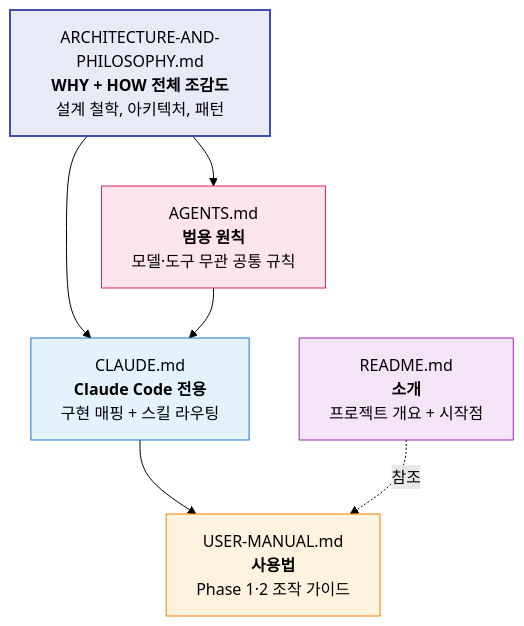
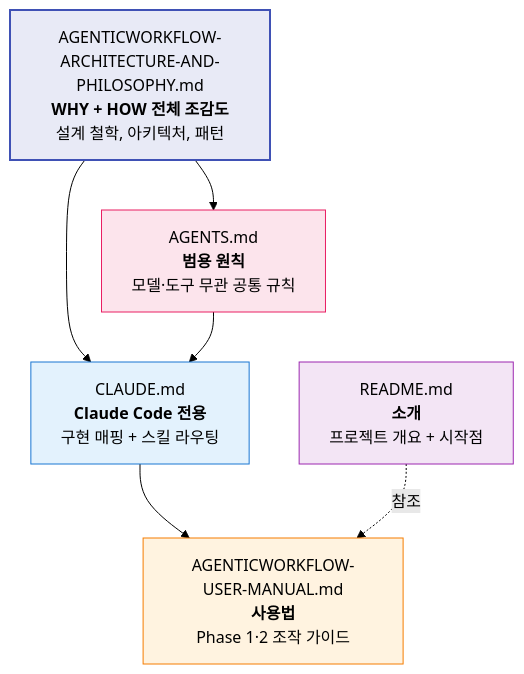
One commit to oogisoogi/AgenticWorkflow changed diagram 11 of 11 in AGENTICWORKFLOW-ARCHITECTURE-AND-PHILOSOPHY.md. Above: the diagram before and after it, drawn with Mermaid (forest theme).

Commit message:
docs: Fix shortened file names in Mermaid diagram

````diff
--- a/AGENTICWORKFLOW-ARCHITECTURE-AND-PHILOSOPHY.md
+++ b/AGENTICWORKFLOW-ARCHITECTURE-AND-PHILOSOPHY.md
@@ -722,20 +722,20 @@
 ```mermaid
 graph TB
-    ARCH["ARCHITECTURE-AND-PHILOSOPHY.md<br/><b>WHY + HOW 전체 조감도</b><br/>설계 철학, 아키텍처, 패턴"]
+    ARCH["AGENTICWORKFLOW-ARCHITECTURE-AND-PHILOSOPHY.md<br/><b>WHY + HOW 전체 조감도</b><br/>설계 철학, 아키텍처, 패턴"]
     AGENTS["AGENTS.md<br/><b>범용 원칙</b><br/>모델·도구 무관 공통 규칙"]
     CLAUDE["CLAUDE.md<br/><b>Claude Code 전용</b><br/>구현 매핑 + 스킬 라우팅"]
-    MANUAL["USER-MANUAL.md<br/><b>사용법</b><br/>Phase 1·2 조작 가이드"]
+    MANUAL["AGENTICWORKFLOW-USER-MANUAL.md<br/><b>사용법</b><br/>Phase 1·2 조작 가이드"]
     README["README.md<br/><b>소개</b><br/>프로젝트 개요 + 시작점"]
 
     ARCH --> AGENTS
     ARCH --> CLAUDE
     AGENTS --> CLAUDE
     CLAUDE --> MANUAL
     README -.->|"참조"| MANUAL
 
     style ARCH fill:#e8eaf6,stroke:#3f51b5,stroke-width:2px
     style AGENTS fill:#fce4ec,stroke:#e91e63
     style CLAUDE fill:#e3f2fd,stroke:#1976d2
     style MANUAL fill:#fff3e0,stroke:#f57c00
     style README fill:#f3e5f5,stroke:#9c27b0
 ```
````
